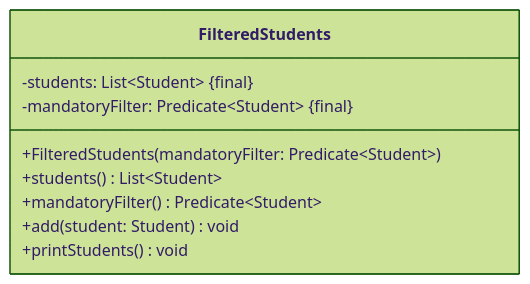
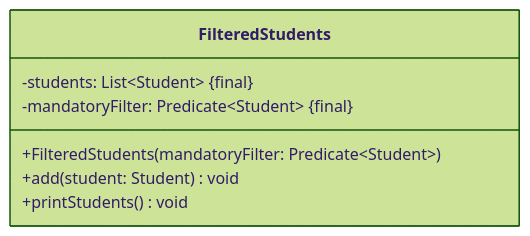
One commit to jappuccini/java-docs changed the diagram in docs/exercises/lambdas/lambdas02.mdx. Above: the diagram before and after it, drawn with Mermaid (forest theme). The commit also changed 1 other file, not shown here.

Commit message:
fix exercises

````diff
--- a/docs/exercises/lambdas/lambdas02.mdx
+++ b/docs/exercises/lambdas/lambdas02.mdx
@@ -27,12 +27,10 @@
 ```mermaid
 classDiagram
     class FilteredStudents {
         -students: List~Student~ &#123final&#125
         -mandatoryFilter: Predicate~Student~ &#123final&#125
         +FilteredStudents(mandatoryFilter: Predicate~Student~)
-        +students() List~Student~
-        +mandatoryFilter() Predicate~Student~
         +add(student: Student) void
         +printStudents() void
     }
 ```
````
